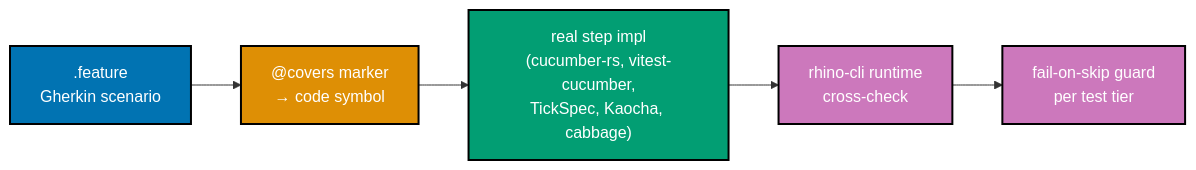
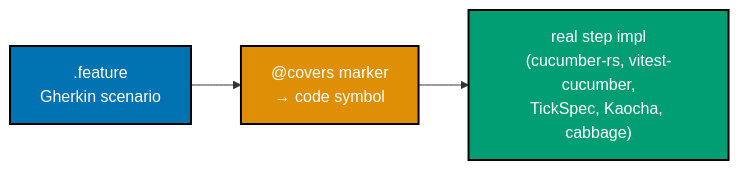
Before and after one commit to wahidyankf/baseerah: the first of 3 diagrams in apps/ose-www/content/updates/2026-07-13-phase-1-week-22-hardening-the-substrate.md, drawn with Mermaid. The commit also changed other lines of this file and 20 other files, not shown here.

First line of the commit message:
fix(docs): remediate mermaid violations surfaced by the detect_kind fix

````diff
--- a/apps/ose-www/content/updates/2026-07-13-phase-1-week-22-hardening-the-substrate.md
+++ b/apps/ose-www/content/updates/2026-07-13-phase-1-week-22-hardening-the-substrate.md
@@ -99,13 +102,10 @@
 ```mermaid
 %% Color Palette: Blue #0173B2 (spec), Orange #DE8F05 (link), Teal #029E73 (impl), Purple #CC78BC (gate)
 graph LR
     G[".feature<br/>Gherkin scenario"]:::spec --> C["@covers marker<br/>→ code symbol"]:::link
     C --> S["real step impl<br/>(cucumber-rs, vitest-cucumber,<br/>TickSpec, Kaocha, cabbage)"]:::impl
-    S --> X["rhino-cli runtime<br/>cross-check"]:::gate
-    X --> K["fail-on-skip guard<br/>per test tier"]:::gate
 
     classDef spec fill:#0173B2,stroke:#000,color:#FFF,stroke-width:2px
     classDef link fill:#DE8F05,stroke:#000,color:#FFF,stroke-width:2px
     classDef impl fill:#029E73,stroke:#000,color:#FFF,stroke-width:2px
-    classDef gate fill:#CC78BC,stroke:#000,color:#FFF,stroke-width:2px
 ```
````
